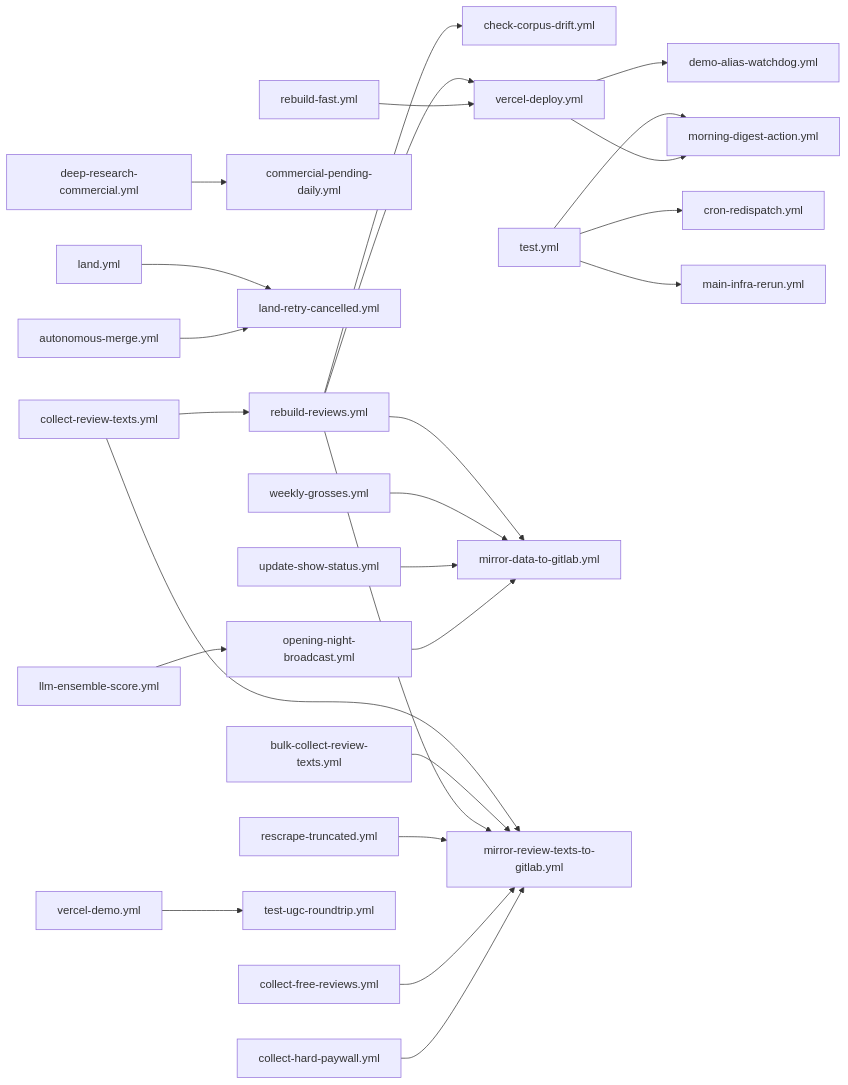
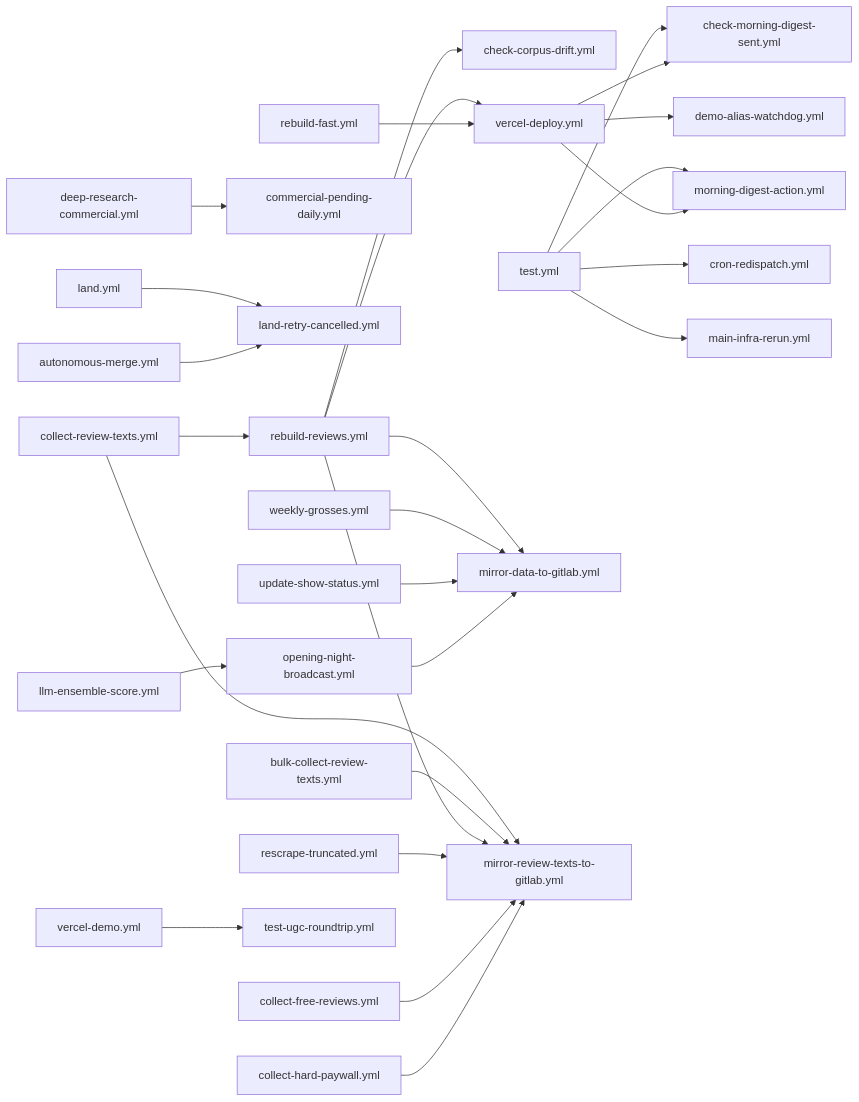
The diagram in .github/workflows/DEPENDENCIES.md (thomaspryor/Broadwayscore), drawn with Mermaid before and after one commit. The commit also changed other lines of this file and 6 other files, not shown here.

First line of the commit message:
ci: pager check-morning-digest-sent wakes on Test Suite/Deploy completions, 11:45 ET gate, once per ET day (BRO-7017)

````diff
--- a/.github/workflows/DEPENDENCIES.md
+++ b/.github/workflows/DEPENDENCIES.md
@@ -21,27 +21,29 @@
 ```mermaid
 graph LR
   rebuild_reviews["rebuild-reviews.yml"] --> check_corpus_drift["check-corpus-drift.yml"]
+  test["test.yml"] --> check_morning_digest_sent["check-morning-digest-sent.yml"]
+  vercel_deploy["vercel-deploy.yml"] --> check_morning_digest_sent["check-morning-digest-sent.yml"]
   deep_research_commercial["deep-research-commercial.yml"] --> commercial_pending_daily["commercial-pending-daily.yml"]
   test["test.yml"] --> cron_redispatch["cron-redispatch.yml"]
   vercel_deploy["vercel-deploy.yml"] --> demo_alias_watchdog["demo-alias-watchdog.yml"]
   land["land.yml"] --> land_retry_cancelled["land-retry-cancelled.yml"]
   autonomous_merge["autonomous-merge.yml"] --> land_retry_cancelled["land-retry-cancelled.yml"]
   test["test.yml"] --> main_infra_rerun["main-infra-rerun.yml"]
   rebuild_reviews["rebuild-reviews.yml"] --> mirror_data_to_gitlab["mirror-data-to-gitlab.yml"]
   weekly_grosses["weekly-grosses.yml"] --> mirror_data_to_gitlab["mirror-data-to-gitlab.yml"]
   update_show_status["update-show-status.yml"] --> mirror_data_to_gitlab["mirror-data-to-gitlab.yml"]
   opening_night_broadcast["opening-night-broadcast.yml"] --> mirror_data_to_gitlab["mirror-data-to-gitlab.yml"]
   collect_review_texts["collect-review-texts.yml"] --> mirror_review_texts_to_gitlab["mirror-review-texts-to-gitlab.yml"]
   bulk_collect_review_texts["bulk-collect-review-texts.yml"] --> mirror_review_texts_to_gitlab["mirror-review-texts-to-gitlab.yml"]
   rebuild_reviews["rebuild-reviews.yml"] --> mirror_review_texts_to_gitlab["mirror-review-texts-to-gitlab.yml"]
   rescrape_truncated["rescrape-truncated.yml"] --> mirror_review_texts_to_gitlab["mirror-review-texts-to-gitlab.yml"]
   collect_free_reviews["collect-free-reviews.yml"] --> mirror_review_texts_to_gitlab["mirror-review-texts-to-gitlab.yml"]
   collect_hard_paywall["collect-hard-paywall.yml"] --> mirror_review_texts_to_gitlab["mirror-review-texts-to-gitlab.yml"]
   test["test.yml"] --> morning_digest_action["morning-digest-action.yml"]
   vercel_deploy["vercel-deploy.yml"] --> morning_digest_action["morning-digest-action.yml"]
   llm_ensemble_score["llm-ensemble-score.yml"] --> opening_night_broadcast["opening-night-broadcast.yml"]
   collect_review_texts["collect-review-texts.yml"] --> rebuild_reviews["rebuild-reviews.yml"]
   vercel_demo["vercel-demo.yml"] --> test_ugc_roundtrip["test-ugc-roundtrip.yml"]
   rebuild_reviews["rebuild-reviews.yml"] --> vercel_deploy["vercel-deploy.yml"]
   rebuild_fast["rebuild-fast.yml"] --> vercel_deploy["vercel-deploy.yml"]
 ```
````
